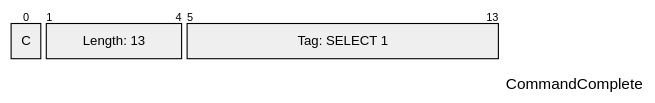
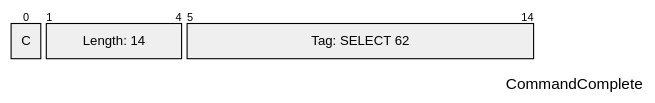
The tenth of 11 diagrams in docs/examples/exports/pagila-04-extended-query-unnamed-statement/capture.mermaid.pkt.md (xfischer/pg_protoexport), drawn with Mermaid before and after one commit. The commit also changed other lines of this file and 135 other files, not shown here.

````diff
--- a/docs/examples/exports/pagila-04-extended-query-unnamed-statement/capture.mermaid.pkt.md
+++ b/docs/examples/exports/pagila-04-extended-query-unnamed-statement/capture.mermaid.pkt.md
@@ -152,12 +165,12 @@
 ```mermaid
 ---
 title: "CommandComplete"
 config:
   packet:
     bitsPerRow: 32
 ---
 packet
     +1: "C"
-    +4: "Length: 13"
-    +9: "Tag: SELECT 1"
+    +4: "Length: 14"
+    +10: "Tag: SELECT 62"
 ```
````
